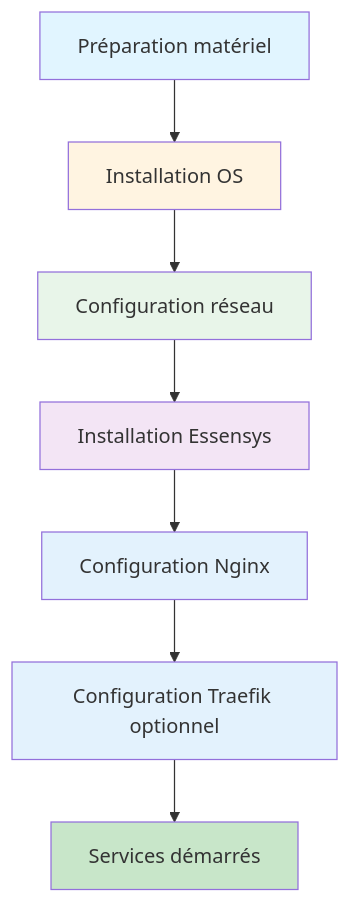
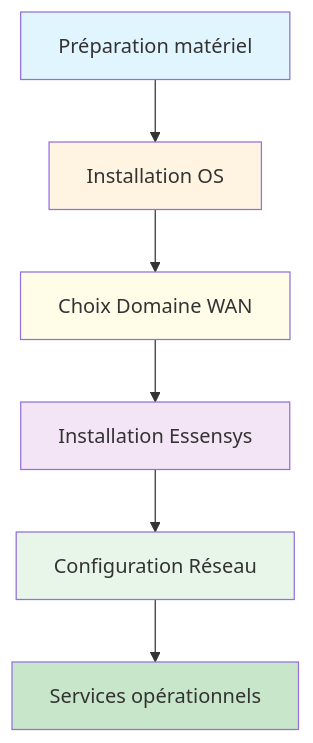
One commit to essensys-hub/essensys-raspberry-install changed the diagram in docs/installation/index.md. Above: the diagram before and after it, drawn with Mermaid. The commit also changed other lines of this file and 8 other files, not shown here.

Commit message:
docs: restructure installation guide into step-by-step journey with timeline TOC and improved typography

````diff
--- a/docs/installation/index.md
+++ b/docs/installation/index.md
@@ -13,17 +16,15 @@
 ```mermaid
 flowchart TD
     A[Préparation matériel] --> B[Installation OS]
-    B --> C[Configuration réseau]
+    B --> C[Choix Domaine WAN]
     C --> D[Installation Essensys]
-    D --> E[Configuration Nginx]
-    E --> F[Configuration Traefik optionnel]
-    F --> G[Services démarrés]
+    D --> E[Configuration Réseau]
+    E --> F[Services opérationnels]
     
     style A fill:#e1f5ff
     style B fill:#fff4e1
-    style C fill:#e8f5e9
+    style C fill:#fffde7
     style D fill:#f3e5f5
-    style E fill:#e3f2fd
-    style F fill:#e3f2fd
-    style G fill:#c8e6c9
+    style E fill:#e8f5e9
+    style F fill:#c8e6c9
 ```
````
